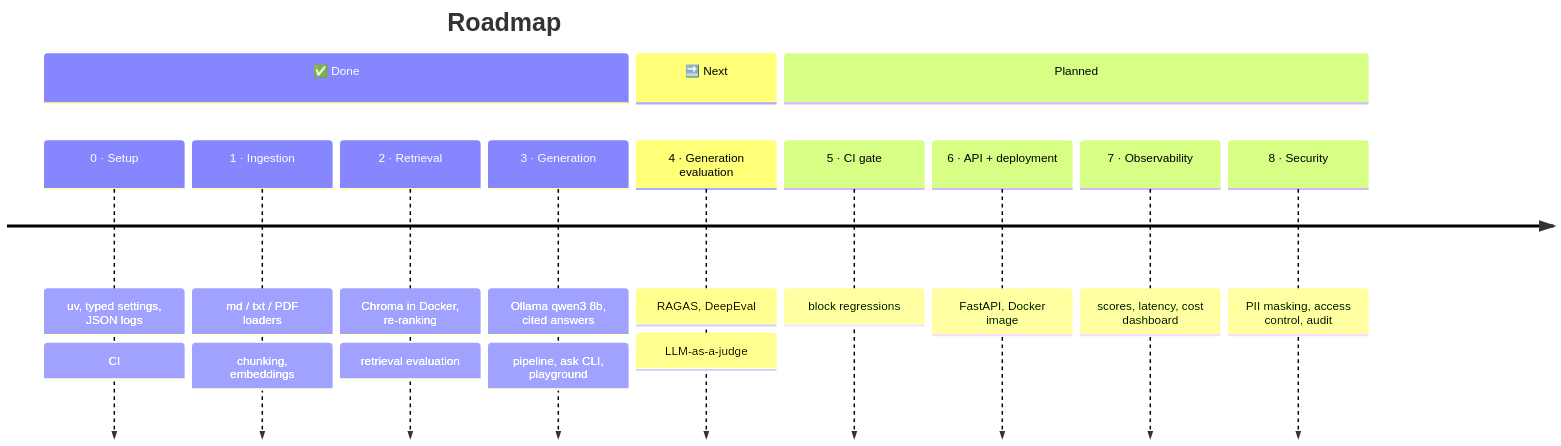
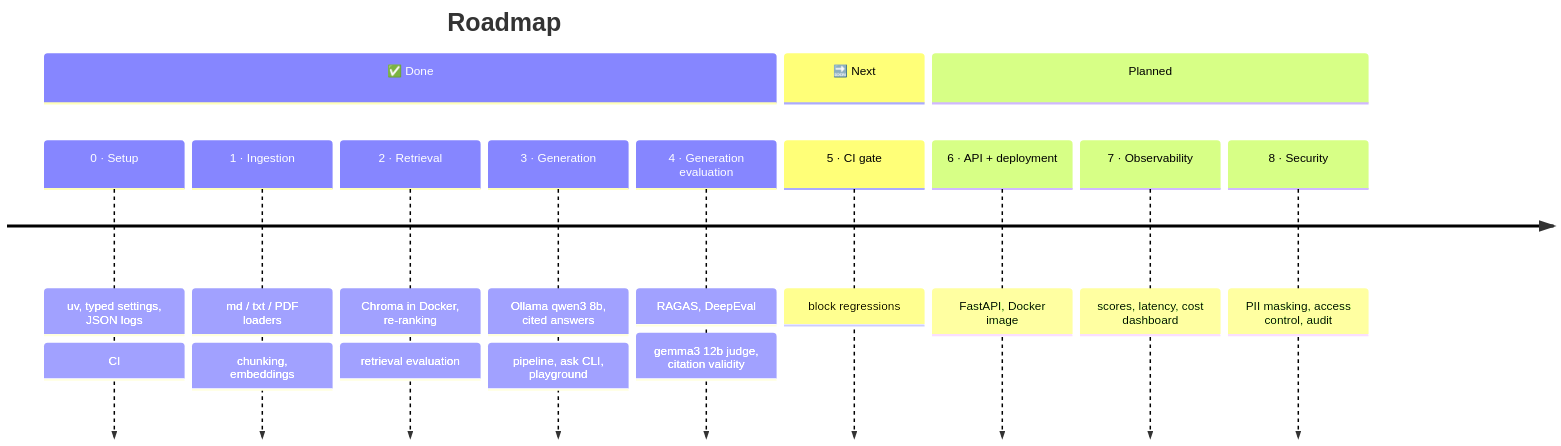
Before and after one commit to mjunedalam/rag-eval-platform: the first of 13 diagrams in readme.md, drawn with Mermaid. The commit also changed other lines of this file and 23 other files, not shown here.

First line of the commit message:
feat: phase 4 generation evaluation — LLM judge, citation validity, teaching notebook (#5)

````diff
--- a/readme.md
+++ b/readme.md
@@ -70,16 +70,16 @@
 ```mermaid
 timeline
     title Roadmap
     section ✅ Done
         0 · Setup : uv, typed settings, JSON logs : CI
         1 · Ingestion : md / txt / PDF loaders : chunking, embeddings
         2 · Retrieval : Chroma in Docker, re-ranking : retrieval evaluation
         3 · Generation : Ollama qwen3 8b, cited answers : pipeline, ask CLI, playground
+        4 · Generation evaluation : RAGAS, DeepEval : gemma3 12b judge, citation validity
     section 🔜 Next
-        4 · Generation evaluation : RAGAS, DeepEval : LLM-as-a-judge
+        5 · CI gate : block regressions
     section Planned
-        5 · CI gate : block regressions
         6 · API + deployment : FastAPI, Docker image
         7 · Observability : scores, latency, cost dashboard
         8 · Security : PII masking, access control, audit
 ```
````
